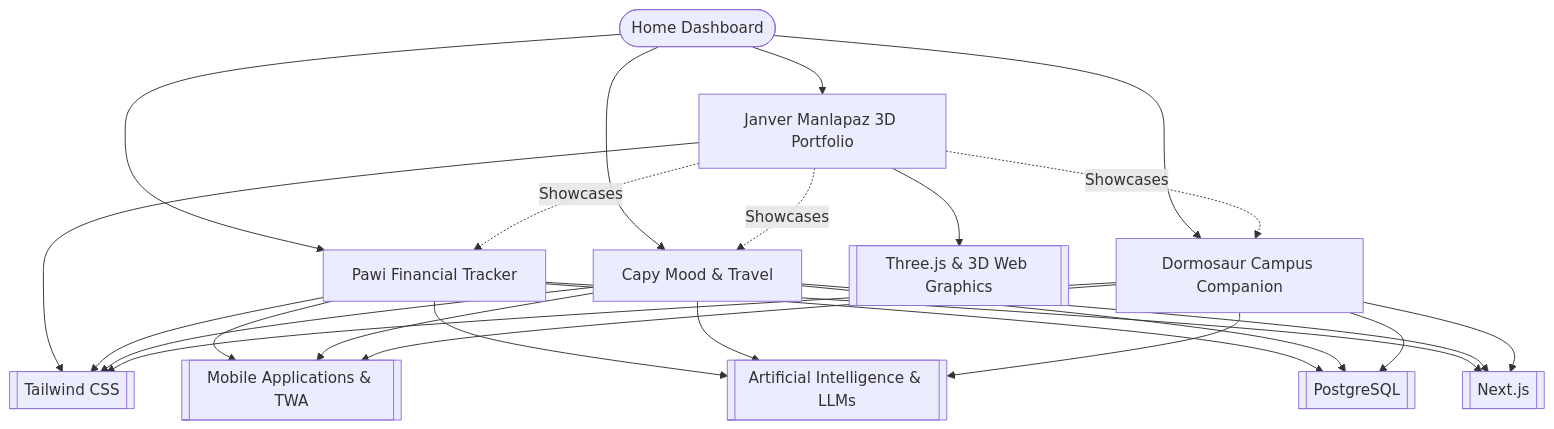
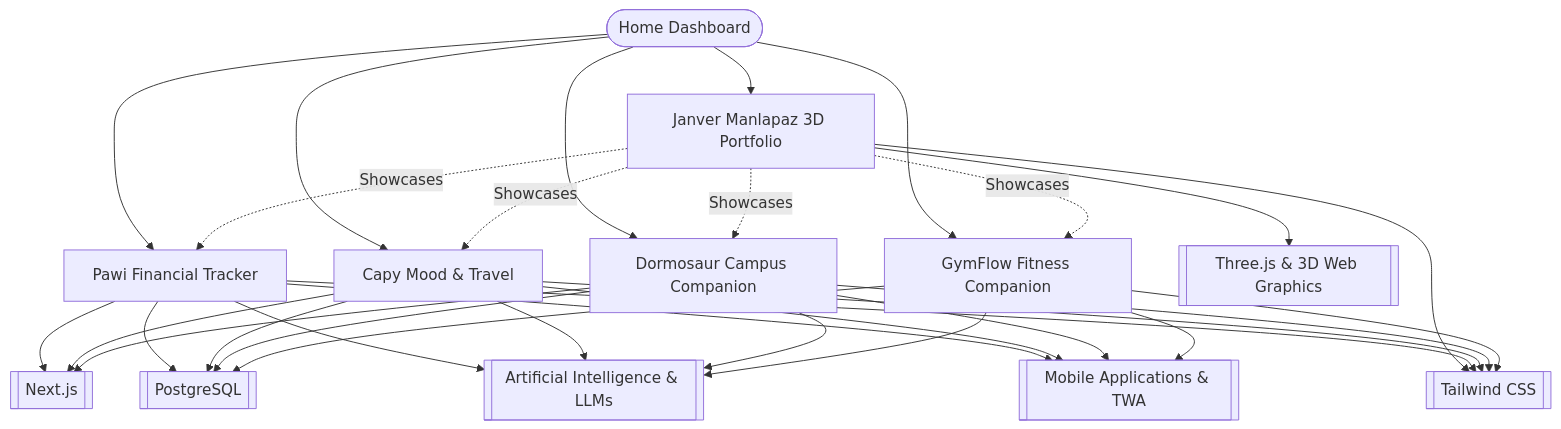
The diagram in Home.md (janveryuu/knowledge-based), drawn with Mermaid before and after one commit. The commit also changed other lines of this file and 2 other files, not shown here.

Commit message:
vault backup: 2026-09-06 16:53:40

````diff
--- a/Home.md
+++ b/Home.md
@@ -35,34 +36,40 @@
 ```mermaid
 graph TD
     Dashboard([Home Dashboard]) --> Portfolio[Janver Manlapaz 3D Portfolio]
     Dashboard --> Pawi[Pawi Financial Tracker]
     Dashboard --> Capy[Capy Mood & Travel]
     Dashboard --> Dorm[Dormosaur Campus Companion]
+    Dashboard --> GymFlow[GymFlow Fitness Companion]
     
     Portfolio -. Showcases .-> Pawi
     Portfolio -. Showcases .-> Capy
     Portfolio -. Showcases .-> Dorm
+    Portfolio -. Showcases .-> GymFlow
     
     Portfolio --> ThreeJS[[Three.js & 3D Web Graphics]]
     Portfolio --> Tailwind[[Tailwind CSS]]
     
     Pawi --> NextJS[[Next.js]]
     Capy --> NextJS
     Dorm --> NextJS
     
     Pawi --> PG[[PostgreSQL]]
     Capy --> PG
     Dorm --> PG
+    GymFlow --> PG
     
     Pawi --> AI[[Artificial Intelligence & LLMs]]
     Capy --> AI
     Dorm --> AI
+    GymFlow --> AI
     
     Pawi --> Mobile[[Mobile Applications & TWA]]
     Capy --> Mobile
     Dorm --> Mobile
+    GymFlow --> Mobile
     
     Pawi --> Tailwind
     Capy --> Tailwind
     Dorm --> Tailwind
+    GymFlow --> Tailwind
 ```
````
